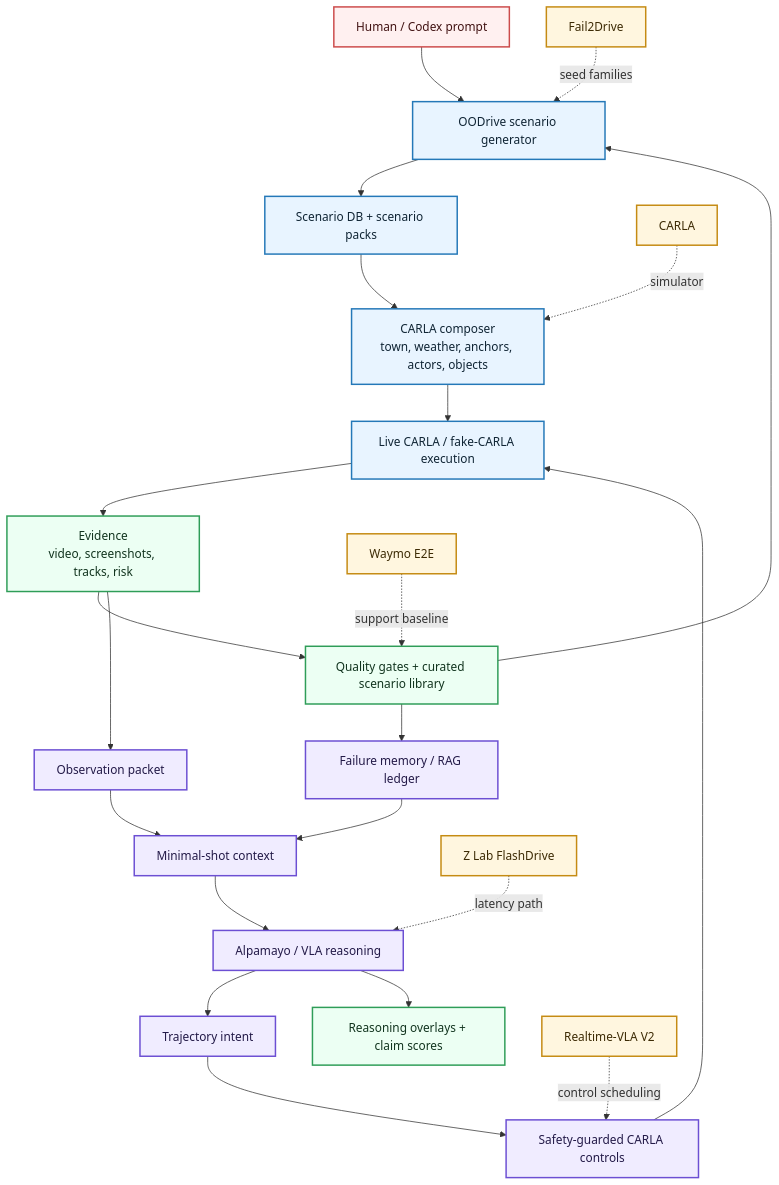
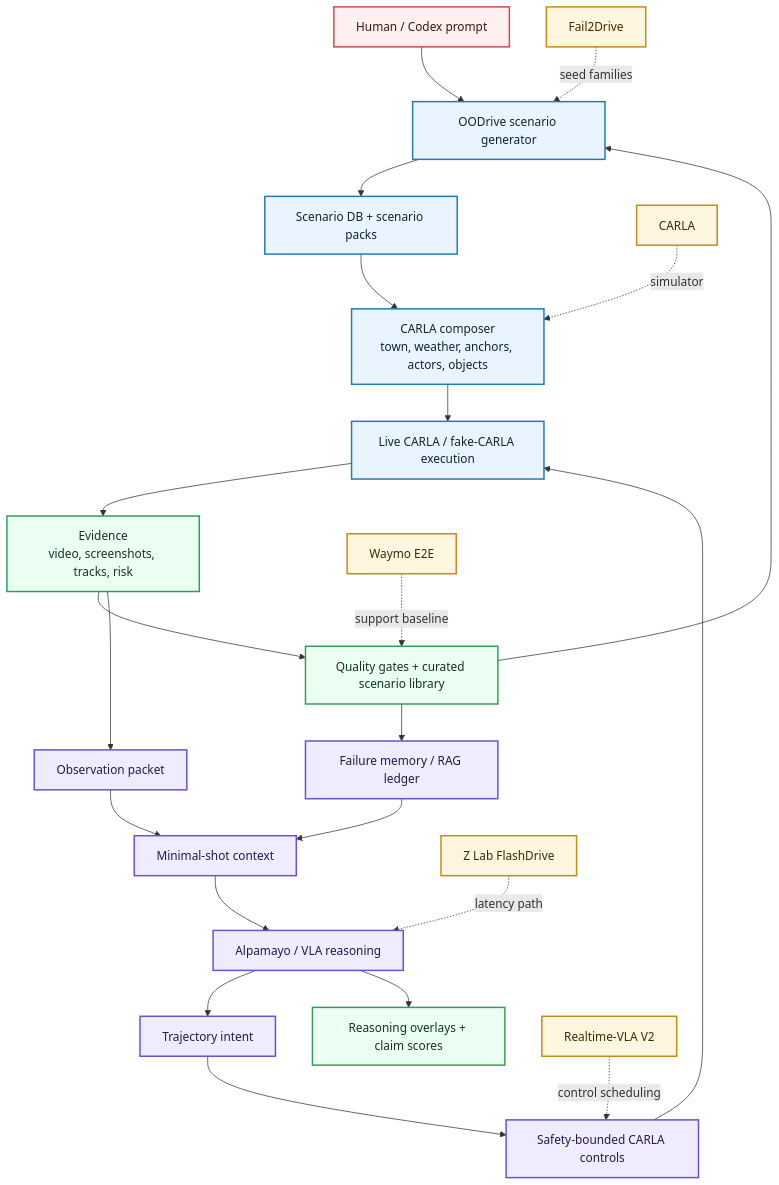
The first of 3 diagrams in README.md (ZanarkandTechnologies/0xDriver), drawn with Mermaid before and after one commit. The commit also changed other lines of this file and 19 other files, not shown here.

````diff
--- a/README.md
+++ b/README.md
@@ -27,38 +26,38 @@
 ```mermaid
 flowchart TD
     U["Human / Codex prompt"] --> G1["OODrive scenario generator"]
     G1 --> G2["Scenario DB + scenario packs"]
     G2 --> G3["CARLA composer<br/>town, weather, anchors, actors, objects"]
     G3 --> G4["Live CARLA / fake-CARLA execution"]
     G4 --> G5["Evidence<br/>video, screenshots, tracks, risk"]
     G5 --> G6["Quality gates + curated scenario library"]
     G6 --> G1
 
     G5 --> A1["Observation packet"]
     G6 --> A2["Failure memory / RAG ledger"]
     A2 --> A3["Minimal-shot context"]
     A1 --> A3
     A3 --> A4["Alpamayo / VLA reasoning"]
     A4 --> A5["Trajectory intent"]
-    A5 --> A6["Safety-guarded CARLA controls"]
+    A5 --> A6["Safety-bounded CARLA controls"]
     A6 --> G4
     A4 --> A7["Reasoning overlays + claim scores"]
 
     R1["CARLA"] -. simulator .-> G3
     R2["Fail2Drive"] -. seed families .-> G1
     R3["Z Lab FlashDrive"] -. latency path .-> A4
     R4["Realtime-VLA V2"] -. control scheduling .-> A6
     R5["Waymo E2E"] -. support baseline .-> G6
 
     classDef generator fill:#e8f4ff,stroke:#2478b8,color:#102535,stroke-width:2px
     classDef autonomy fill:#f0ecff,stroke:#6c4fd3,color:#231a48,stroke-width:2px
     classDef evidence fill:#ecfff3,stroke:#2f9d58,color:#12351f,stroke-width:2px
     classDef external fill:#fff6df,stroke:#c58b13,color:#3d2b05,stroke-width:2px
     classDef operator fill:#fff0f0,stroke:#cc4b4b,color:#421313,stroke-width:2px
 
     class U operator
     class G1,G2,G3,G4 generator
     class G5,G6,A7 evidence
     class A1,A2,A3,A4,A5,A6 autonomy
     class R1,R2,R3,R4,R5 external
 ```
````
